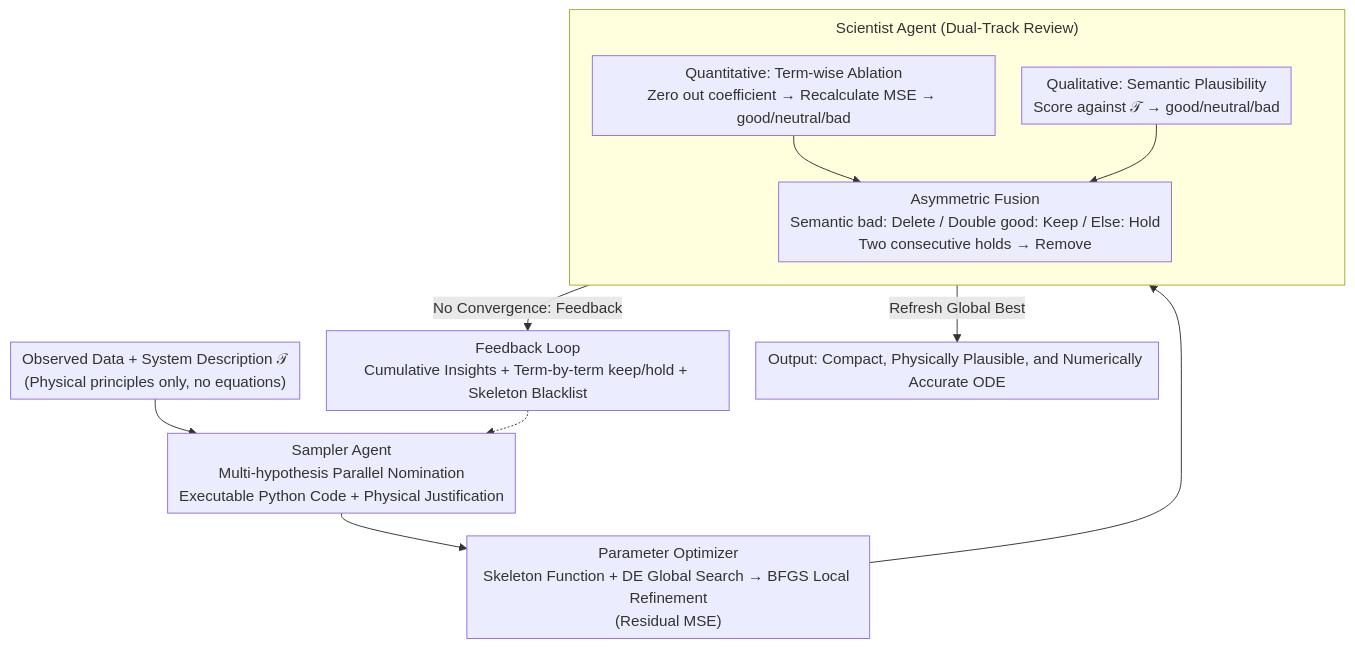
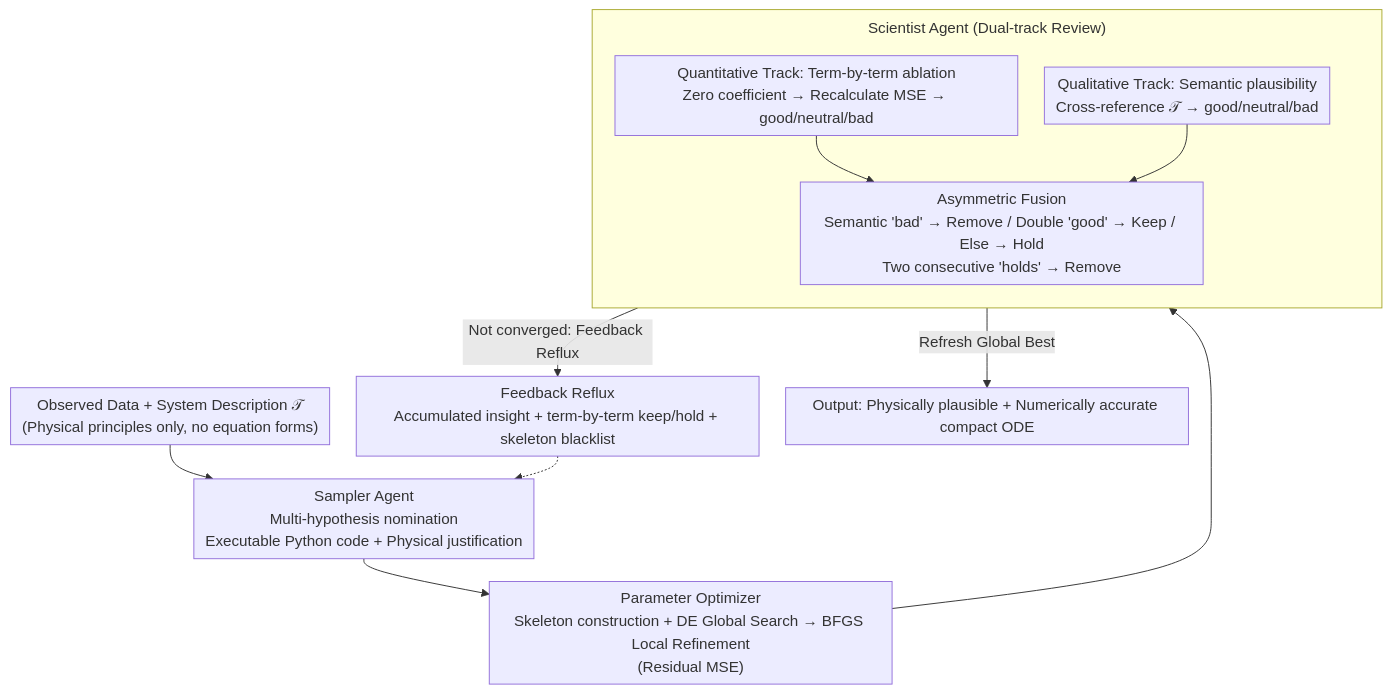
One commit to zhaoyang97/Paper-Notes-en changed the diagram in docs/ICML2026/llm_evaluation/discovering_ordinary_differential_equations_with_llm-based_qualitative_and_quant.md. Above: the diagram before and after it, drawn with Mermaid. The commit also changed other lines of this file and 5084 other files, not shown here.

````diff
--- a/docs/ICML2026/llm_evaluation/discovering_ordinary_differential_equations_with_llm-based_qualitative_and_quant.md
+++ b/docs/ICML2026/llm_evaluation/discovering_ordinary_differential_equations_with_llm-based_qualitative_and_quant.md
@@ -42,16 +42,16 @@
 ```mermaid
 %%{init: {'flowchart': {'rankSpacing': 24, 'nodeSpacing': 28, 'padding': 6, 'wrappingWidth': 400, 'subGraphTitleMargin': {'top': 8, 'bottom': 16}}}}%%
 flowchart TD
-    IN["Observed Data + System Description 𝒯<br/>(Physical principles only, no equations)"] --> SAMP
-    FB["Feedback Loop<br/>Cumulative Insights + Term-by-term keep/hold + Skeleton Blacklist"] -.-> SAMP
-    SAMP["Sampler Agent<br/>Multi-hypothesis Parallel Nomination<br/>Executable Python Code + Physical Justification"] --> OPT["Parameter Optimizer<br/>Skeleton Function + DE Global Search → BFGS Local Refinement<br/>(Residual MSE)"]
+    IN["Observed Data + System Description 𝒯<br/>(Physical principles only, no equation forms)"] --> SAMP
+    FB["Feedback Reflux<br/>Accumulated insight + term-by-term keep/hold + skeleton blacklist"] -.-> SAMP
+    SAMP["Sampler Agent<br/>Multi-hypothesis nomination<br/>Executable Python code + Physical justification"] --> OPT["Parameter Optimizer<br/>Skeleton construction + DE Global Search → BFGS Local Refinement<br/>(Residual MSE)"]
     OPT --> SCI
-    subgraph SCI["Scientist Agent (Dual-Track Review)"]
+    subgraph SCI["Scientist Agent (Dual-track Review)"]
         direction TB
-        QUANT["Quantitative: Term-wise Ablation<br/>Zero out coefficient → Recalculate MSE → good/neutral/bad"] --> FUSE
-        QUAL["Qualitative: Semantic Plausibility<br/>Score against 𝒯 → good/neutral/bad"] --> FUSE
-        FUSE["Asymmetric Fusion<br/>Semantic bad: Delete / Double good: Keep / Else: Hold<br/>Two consecutive holds → Remove"]
+        QUANT["Quantitative Track: Term-by-term ablation<br/>Zero coefficient → Recalculate MSE → good/neutral/bad"] --> FUSE
+        QUAL["Qualitative Track: Semantic plausibility<br/>Cross-reference 𝒯 → good/neutral/bad"] --> FUSE
+        FUSE["Asymmetric Fusion<br/>Semantic 'bad' → Remove / Double 'good' → Keep / Else → Hold<br/>Two consecutive 'holds' → Remove"]
     end
-    SCI -->|No Convergence: Feedback| FB
-    SCI -->|Refresh Global Best| OUT["Output: Compact, Physically Plausible, and Numerically Accurate ODE"]
+    SCI -->|Not converged: Feedback Reflux| FB
+    SCI -->|Refresh Global Best| OUT["Output: Physically plausible + Numerically accurate compact ODE"]
 ```
````
